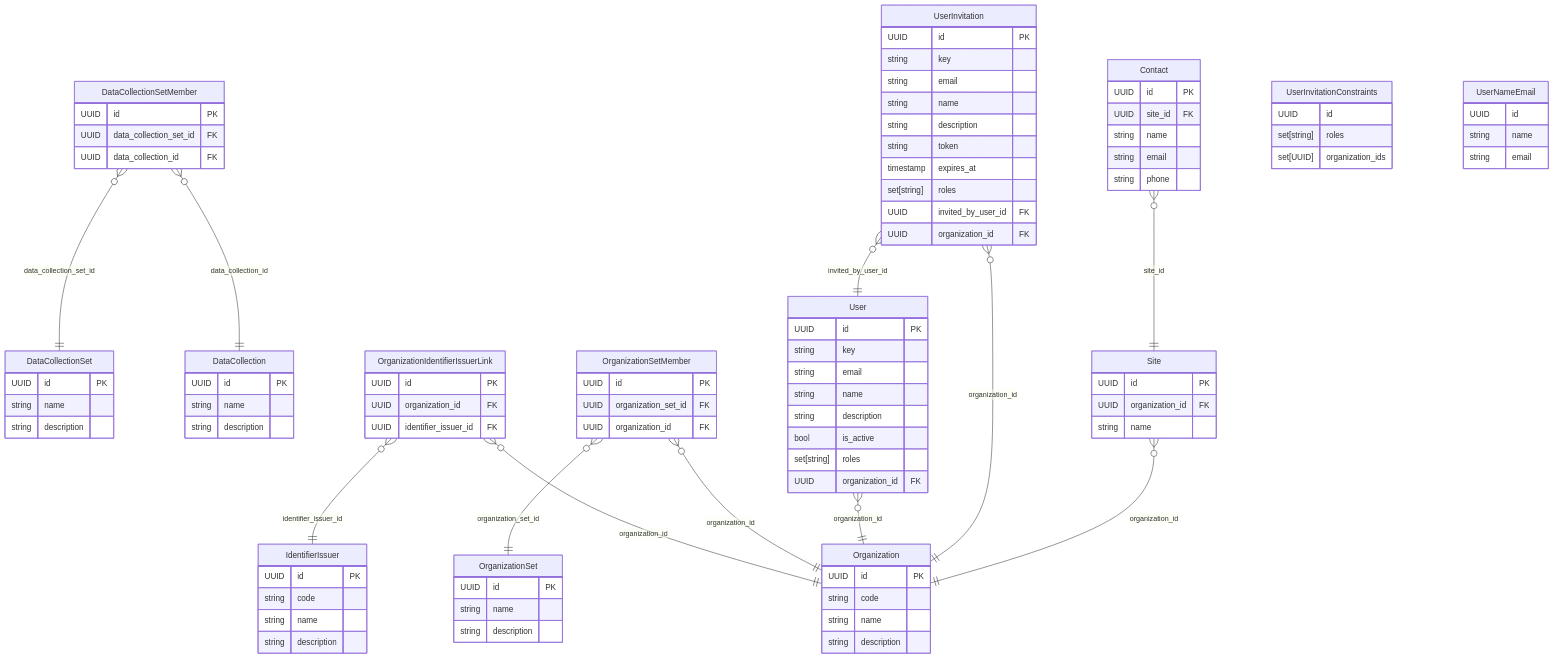
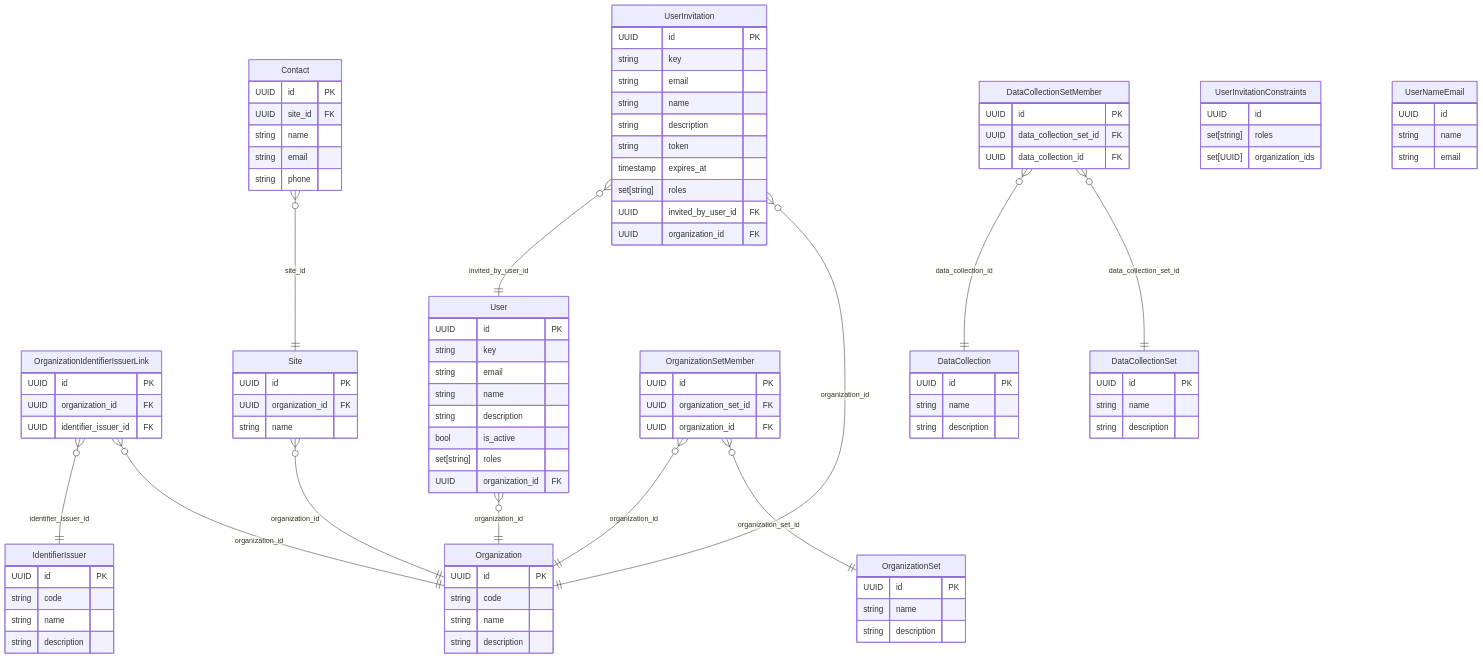
One commit to RIVM-bioinformatics/gen-epix-api changed the diagram in docs/erm/omopdb.organization.detailed.md. Above: the diagram before and after it, drawn with Mermaid. The commit also changed other lines of this file and 142 other files, not shown here.

````diff
--- a/docs/erm/omopdb.organization.detailed.md
+++ b/docs/erm/omopdb.organization.detailed.md
@@ -7,90 +7,30 @@
     %% omopdb / ORGANIZATION (detailed)
 
     %% Relationships
-    DataCollectionSetMember }o--|| DataCollectionSet : "data_collection_set_id"
-    DataCollectionSetMember }o--|| DataCollection : "data_collection_id"
     OrganizationIdentifierIssuerLink }o--|| Organization : "organization_id"
     OrganizationIdentifierIssuerLink }o--|| IdentifierIssuer : "identifier_issuer_id"
-    OrganizationSetMember }o--|| OrganizationSet : "organization_set_id"
-    OrganizationSetMember }o--|| Organization : "organization_id"
-    User }o--|| Organization : "organization_id"
     UserInvitation }o--|| Organization : "organization_id"
     UserInvitation }o--|| User : "invited_by_user_id"
     Contact }o--|| Site : "site_id"
     Site }o--|| Organization : "organization_id"
+    OrganizationSetMember }o--|| OrganizationSet : "organization_set_id"
+    OrganizationSetMember }o--|| Organization : "organization_id"
+    DataCollectionSetMember }o--|| DataCollectionSet : "data_collection_set_id"
+    DataCollectionSetMember }o--|| DataCollection : "data_collection_id"
+    User }o--|| Organization : "organization_id"
 
     %% Entity definitions
-    DataCollectionSetMember {
+    IdentifierIssuer {
         UUID id PK
-        UUID data_collection_set_id FK
-        UUID data_collection_id FK
+        string code
+        string name
+        string description
     }
 
     OrganizationIdentifierIssuerLink {
         UUID id PK
         UUID organization_id FK
         UUID identifier_issuer_id FK
-    }
-
-    DataCollection {
-        UUID id PK
-        string name
-        string description
-    }
-
-    UserInvitationConstraints {
-        UUID id
-        set[string] roles
-        set[UUID] organization_ids
-    }
-
-    OrganizationSetMember {
-        UUID id PK
-        UUID organization_set_id FK
-        UUID organization_id FK
-    }
-
-    OrganizationSet {
-        UUID id PK
-        string name
-        string description
-    }
-
-    Organization {
-        UUID id PK
-        string code
-        string name
-        string description
-    }
-
-    UserNameEmail {
-        UUID id
-        string name
-        string email
-    }
-
-    User {
-        UUID id PK
-        string key
-        string email
-        string name
-        string description
-        bool is_active
-        set[string] roles
-        UUID organization_id FK
-    }
-
-    DataCollectionSet {
-        UUID id PK
-        string name
-        string description
-    }
-
-    IdentifierIssuer {
-        UUID id PK
-        string code
-        string name
-        string description
     }
 
     UserInvitation {
@@ -114,10 +54,70 @@
         string phone
     }
 
+    DataCollectionSet {
+        UUID id PK
+        string name
+        string description
+    }
+
     Site {
         UUID id PK
         UUID organization_id FK
         string name
     }
 
+    OrganizationSetMember {
+        UUID id PK
+        UUID organization_set_id FK
+        UUID organization_id FK
+    }
+
+    OrganizationSet {
+        UUID id PK
+        string name
+        string description
+    }
+
+    UserInvitationConstraints {
+        UUID id
+        set[string] roles
+        set[UUID] organization_ids
+    }
+
+    DataCollectionSetMember {
+        UUID id PK
+        UUID data_collection_set_id FK
+        UUID data_collection_id FK
+    }
+
+    User {
+        UUID id PK
+        string key
+        string email
+        string name
+        string description
+        bool is_active
+        set[string] roles
+        UUID organization_id FK
+    }
+
+    DataCollection {
+        UUID id PK
+        string name
+        string description
+    }
+
+    Organization {
+        UUID id PK
+        string code
+        string name
+        string description
+    }
+
+    UserNameEmail {
+        UUID id
+        string name
+        string email
+    }
+
 ```
````
